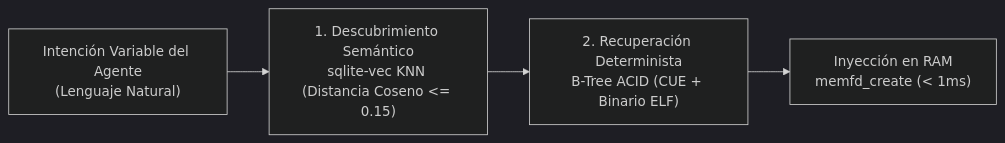
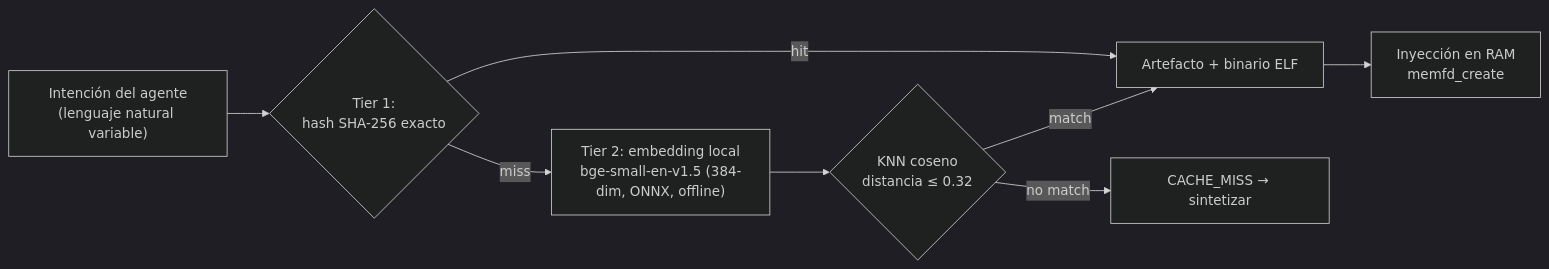
Before and after one commit to ancrz/agent-execution-plane: the fifth of 11 diagrams in README.md, drawn with Mermaid (dark theme). The commit also changed other lines of this file and 8 other files, not shown here.

````diff
--- a/README.md
+++ b/README.md
@@ -145,6 +188,10 @@
 ```mermaid
 flowchart LR
-    A["Intención Variable del Agente<br/>(Lenguaje Natural)"] --> B["1. Descubrimiento Semántico<br/>sqlite-vec KNN (Distancia Coseno <= 0.15)"]
-    B --> C["2. Recuperación Determinista<br/>B-Tree ACID (CUE + Binario ELF)"]
-    C --> D["Inyección en RAM<br/>memfd_create (< 1ms)"]
+    Q["Intención del agente<br/>(lenguaje natural variable)"] --> T1{"Tier 1:<br/>hash SHA-256 exacto"}
+    T1 -->|hit| R["Artefacto + binario ELF"]
+    T1 -->|miss| T2["Tier 2: embedding local<br/>bge-small-en-v1.5 (384-dim, ONNX, offline)"]
+    T2 --> KNN{"KNN coseno<br/>distancia ≤ 0.32"}
+    KNN -->|match| R
+    KNN -->|no match| Miss["CACHE_MISS → sintetizar"]
+    R --> RAM["Inyección en RAM<br/>memfd_create"]
 ```
````
